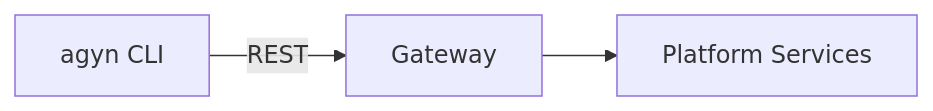
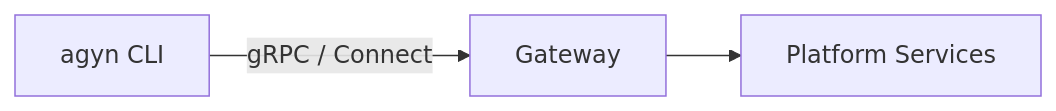
Before and after one commit to agynio/architecture: the diagram in architecture/agyn-cli.md, drawn with Mermaid. The commit also changed other lines of this file and 17 other files, not shown here.

First line of the commit message:
feat: rename Teams → Agents, migrate Gateway to ConnectRPC

````diff
--- a/architecture/agyn-cli.md
+++ b/architecture/agyn-cli.md
@@ -56,5 +56,5 @@
 ```mermaid
 graph LR
-    agyn[agyn CLI] -->|REST| Gateway
+    agyn[agyn CLI] -->|gRPC / Connect| Gateway
     Gateway --> Services[Platform Services]
 ```
````
